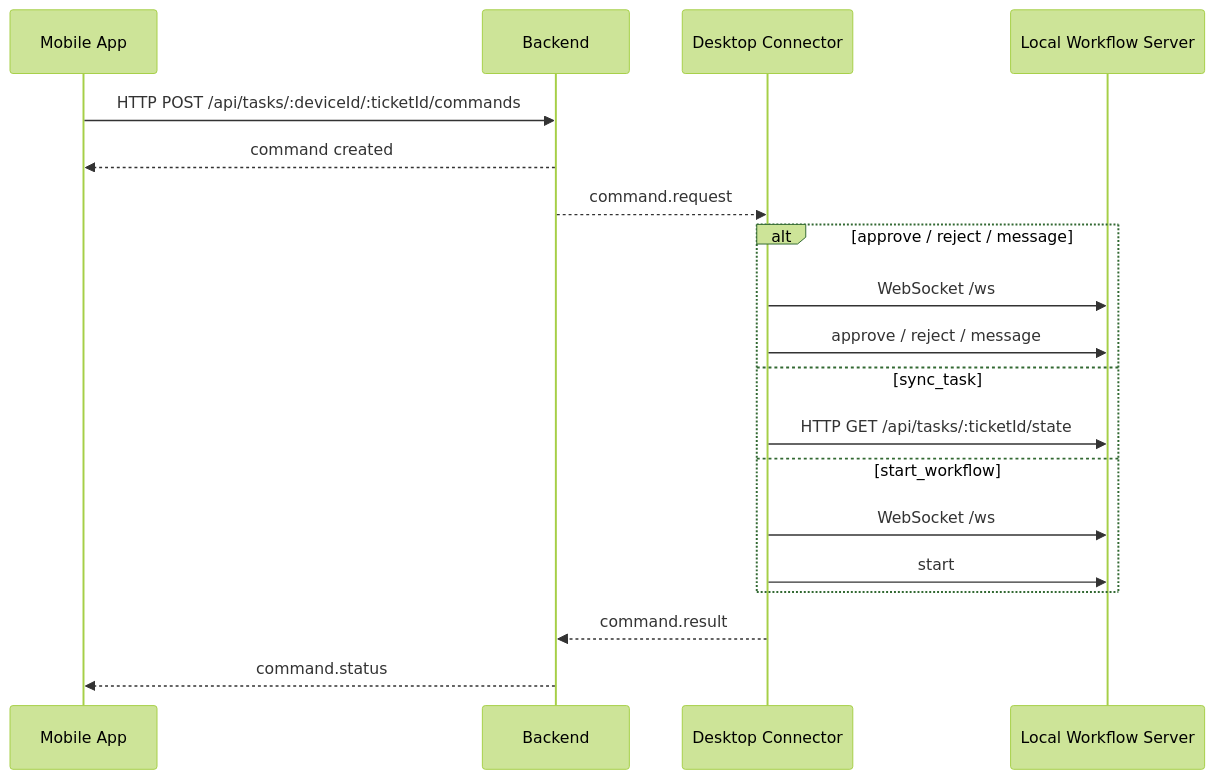
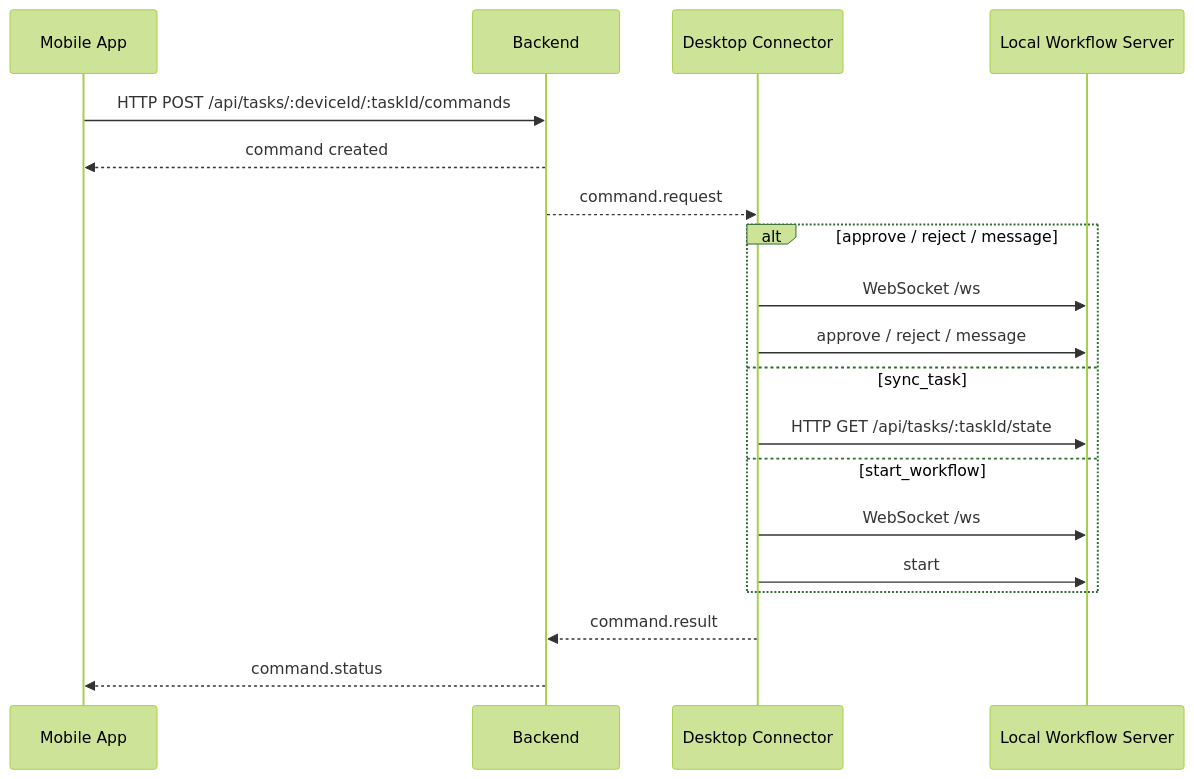
The fourth of 4 diagrams in docs/current-mobile-backend-desktop-communication.zh.md (hileix/dev-workflow), drawn with Mermaid (forest theme) before and after one commit. The commit also changed other lines of this file and 43 other files, not shown here.

````diff
--- a/docs/current-mobile-backend-desktop-communication.zh.md
+++ b/docs/current-mobile-backend-desktop-communication.zh.md
@@ -96,24 +96,24 @@
 ```mermaid
 sequenceDiagram
     participant M as Mobile App
     participant B as Backend
     participant D as Desktop Connector
     participant S as Local Workflow Server
 
-    M->>B: HTTP POST /api/tasks/:deviceId/:ticketId/commands
+    M->>B: HTTP POST /api/tasks/:deviceId/:taskId/commands
     B-->>M: command created
     B-->>D: command.request
 
     alt approve / reject / message
         D->>S: WebSocket /ws
         D->>S: approve / reject / message
     else sync_task
-        D->>S: HTTP GET /api/tasks/:ticketId/state
+        D->>S: HTTP GET /api/tasks/:taskId/state
     else start_workflow
         D->>S: WebSocket /ws
         D->>S: start
     end
 
     D-->>B: command.result
     B-->>M: command.status
 ```
````
